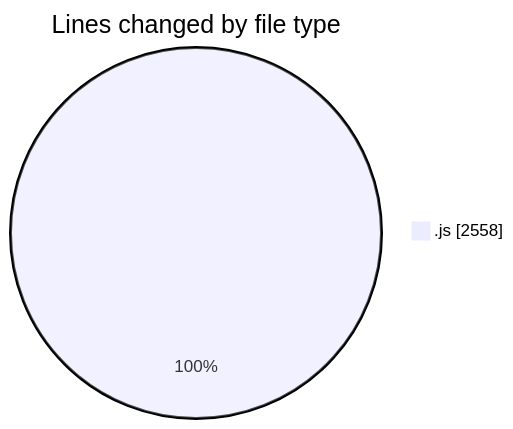
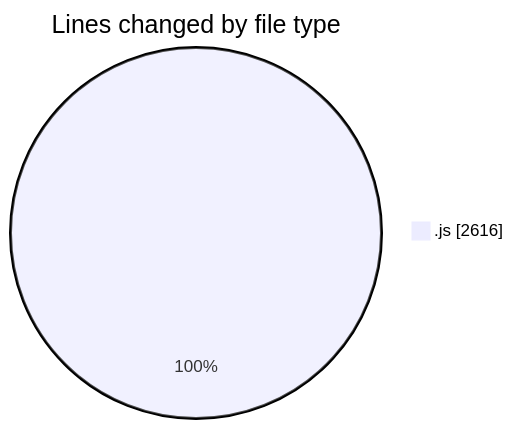
The first of 2 diagrams in 2025-08-11/nxtqube_webapp/README.md (nxtqubesakshisongat/code-tracking), drawn with Mermaid before and after one commit. The commit also changed other lines of this file and 1 other file, not shown here.

````diff
--- a/2025-08-11/nxtqube_webapp/README.md
+++ b/2025-08-11/nxtqube_webapp/README.md
@@ -21,5 +21,5 @@
 ```mermaid
 pie showData
 title Lines changed by file type
-".js" : 2558
+".js" : 2616
 ```
````
